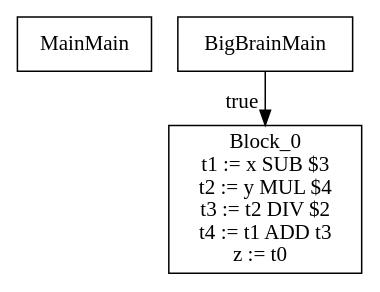
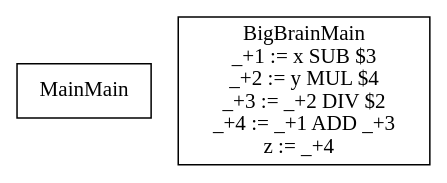
Before and after one commit to AvanaPY/DV1655_Lab1: the diagram in dot.dot, drawn with Graphviz. The commit also changed 3 other files, not shown here.

```diff
--- a/dot.dot
+++ b/dot.dot
@@ -1,8 +1,6 @@
 digraph {
   graph [splines=ortho]
   node [shape=box]
   MainMain [label="MainMain\n"];
-  BigBrainMain [label="BigBrainMain\n"];
-  BigBrainMain -> Block_0[xlabel="true"];
-  Block_0 [label="Block_0\nt1 := x SUB $3\nt2 := y MUL $4\nt3 := t2 DIV $2\nt4 := t1 ADD t3\nz := t0  \n"];
+  BigBrainMain [label="BigBrainMain\n_+1 := x SUB $3\n_+2 := y MUL $4\n_+3 := _+2 DIV $2\n_+4 := _+1 ADD _+3\nz := _+4  \n"];
 }
```
